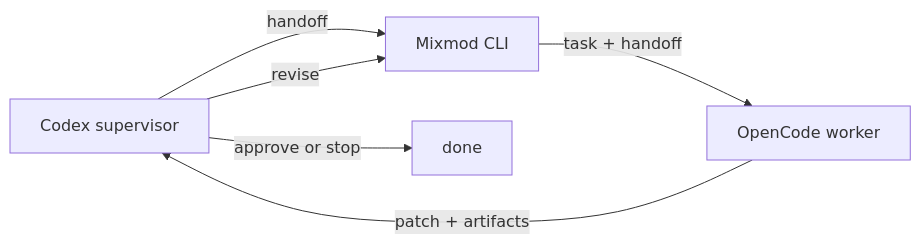
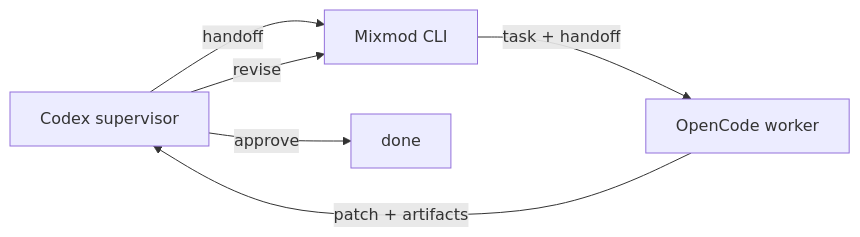
Before and after one commit to rndhouse/mixmod: the diagram in README.md, drawn with Mermaid.

Commit message:
Shorten README approval label
Use a simpler approve label in the workflow diagram.

````diff
--- a/README.md
+++ b/README.md
@@ -13,8 +13,8 @@
 ```mermaid
 flowchart LR
     Codex[Codex supervisor] -->|handoff| Mixmod[Mixmod CLI]
     Mixmod -->|task + handoff| OpenCode[OpenCode worker]
     OpenCode -->|patch + artifacts| Codex
     Codex -->|revise| Mixmod
-    Codex -->|approve or stop| Done[done]
+    Codex -->|approve| Done[done]
 ```
````
